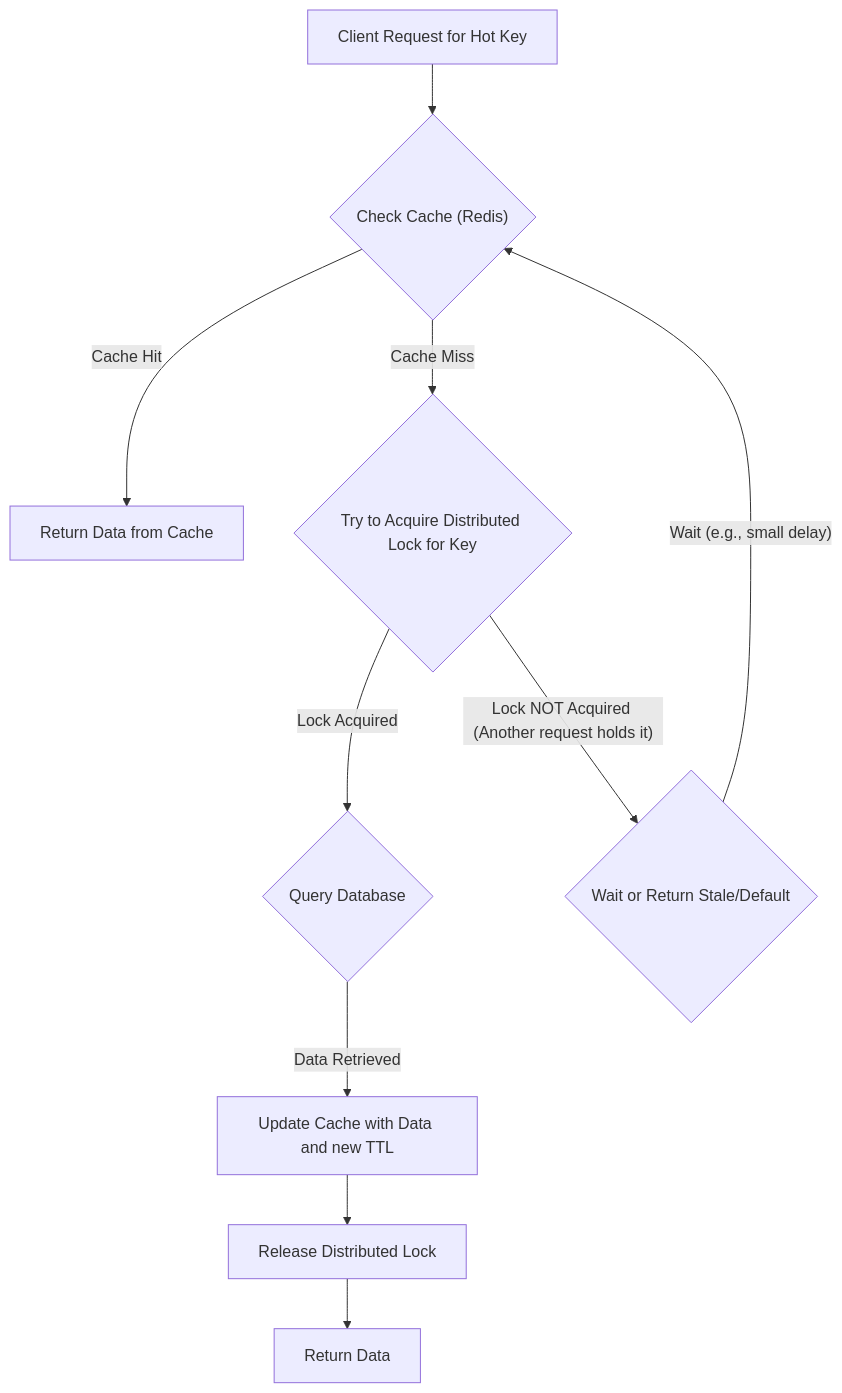
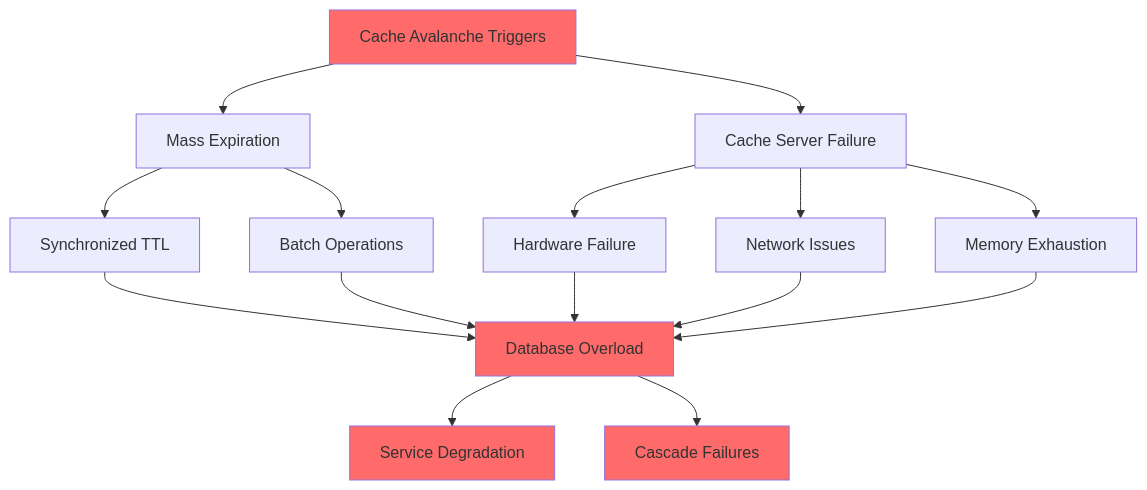
Before and after one commit to shayne007/blog: the third of 3 diagrams in source/_posts/Redis-Cache-Problems-Penetration-Breakdown-and-Avalanche.md, drawn with Mermaid. The commit also changed other lines of this file, not shown here.

Commit message:
update redis cache problem

```diff
--- a/source/_posts/Redis-Cache-Problems-Penetration-Breakdown-and-Avalanche.md
+++ b/source/_posts/Redis-Cache-Problems-Penetration-Breakdown-and-Avalanche.md
@@ -158,11 +469,25 @@
-{% mermaid flowchart TD %}
-    A[Client Request for Hot Key] --> B{"Check Cache (Redis)"};
-    B -- "Cache Hit" --> C[Return Data from Cache];
-    B -- "Cache Miss" --> D{Try to Acquire Distributed Lock for Key};
-    D -- "Lock Acquired" --> E{Query Database};
-    E -- "Data Retrieved" --> F[Update Cache with Data and new TTL];
-    F --> G[Release Distributed Lock];
-    G --> H[Return Data];
-    D -- "Lock NOT Acquired (Another request holds it)" --> I{Wait or Return Stale/Default};
-    I -- "Wait (e.g., small delay)" --> B;
+{% mermaid flowchart %}
+    A[Cache Avalanche Triggers] --> B[Mass Expiration]
+    A --> C[Cache Server Failure]
+    
+    B --> D[Synchronized TTL]
+    B --> E[Batch Operations]
+    
+    C --> F[Hardware Failure]
+    C --> G[Network Issues]
+    C --> H[Memory Exhaustion]
+    
+    D --> I[Database Overload]
+    E --> I
+    F --> I
+    G --> I
+    H --> I
+    
+    I --> J[Service Degradation]
+    I --> K[Cascade Failures]
+    
+    style A fill:#ff6b6b
+    style I fill:#ff6b6b
+    style J fill:#ff6b6b
+    style K fill:#ff6b6b
 {% endmermaid %}
```
